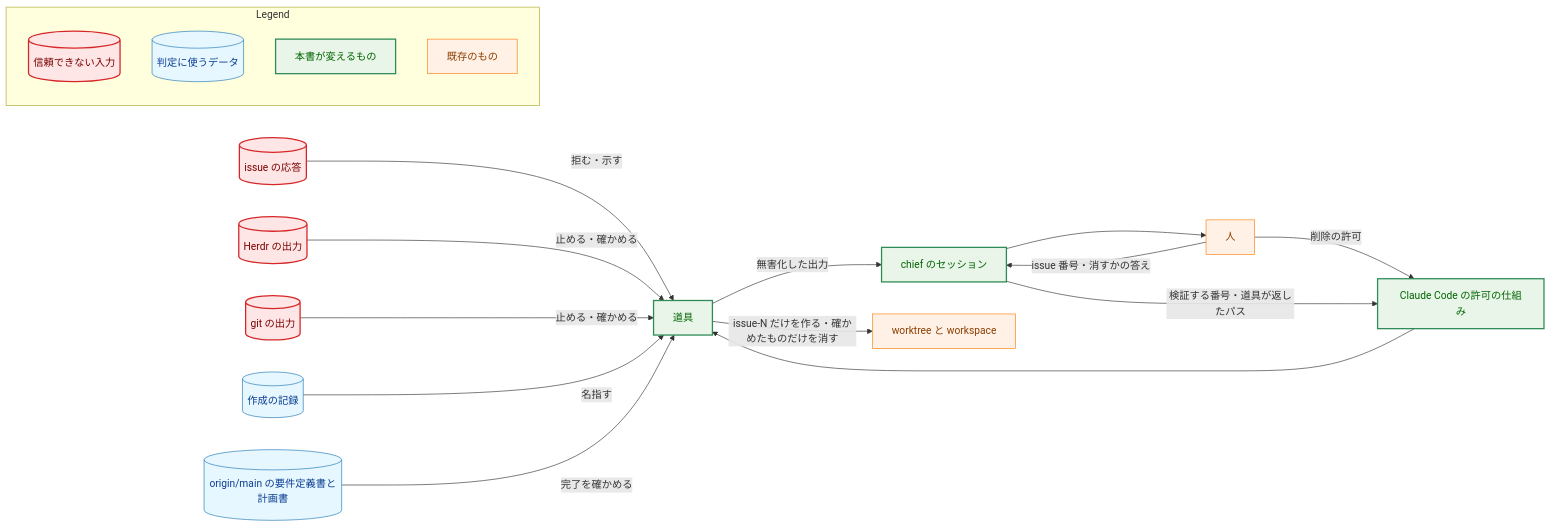
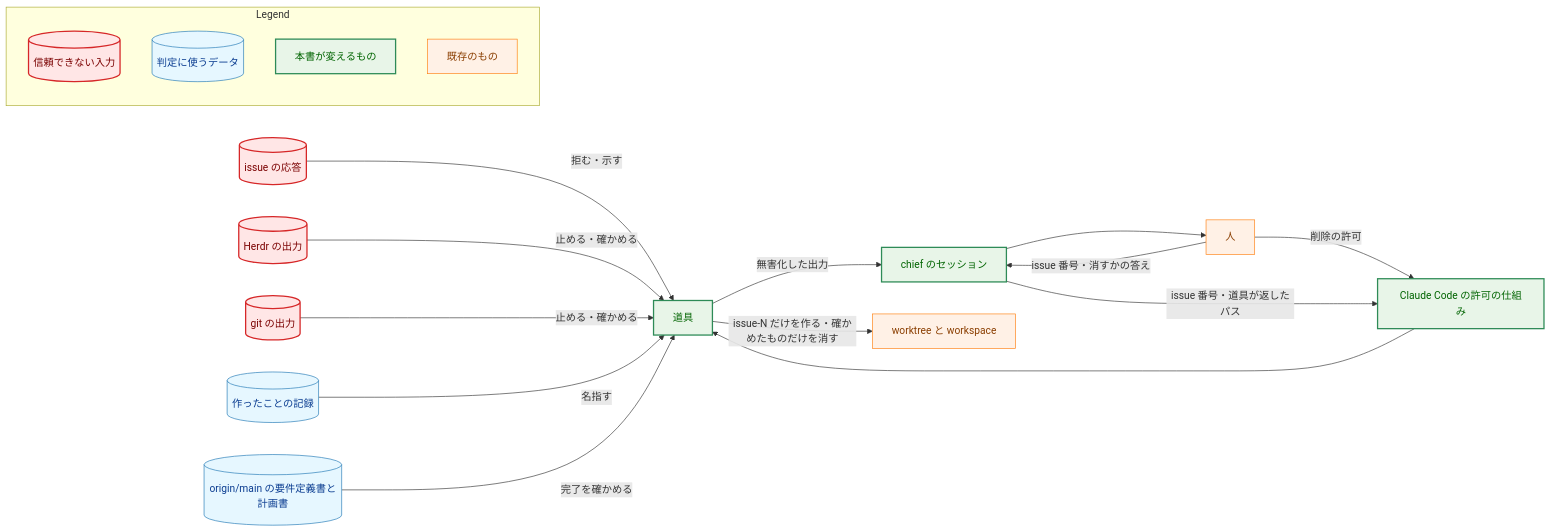
One commit to isseis/yt2column changed the fourth of 6 diagrams in docs/tasks/0092_chief_task_workspace/02_architecture.md. Above: the diagram before and after it, drawn with Mermaid. The commit also changed other lines of this file and 2 other files, not shown here.

First line of the commit message:
docs(0092): address the architecture review and polish the Japanese prose

````diff
--- a/docs/tasks/0092_chief_task_workspace/02_architecture.md
+++ b/docs/tasks/0092_chief_task_workspace/02_architecture.md
@@ -599,47 +677,47 @@
 ```mermaid
 flowchart LR
     classDef data fill:#e6f7ff,stroke:#1f77b4,stroke-width:1px,color:#0b3d91;
     classDef process fill:#fff1e6,stroke:#ff7f0e,stroke-width:1px,color:#8a3e00;
     classDef enhanced fill:#e8f5e8,stroke:#2e8b57,stroke-width:2px,color:#006400;
     classDef problem fill:#ffe6e6,stroke:#d62728,stroke-width:2px,color:#7b0000;
 
     ISSUE[("issue の応答")]
     HOUT[("Herdr の出力")]
     GOUT[("git の出力")]
-    REC[("作成の記録")]
+    REC[("作ったことの記録")]
     DOCS[("origin/main の要件定義書と計画書")]
     TOOL["道具"]
     SESSION["chief のセッション"]
     PERM["Claude Code の許可の仕組み"]
     HUMAN["人"]
     FS["worktree と workspace"]
 
     ISSUE -->|"拒む・示す"| TOOL
     HOUT -->|"止める・確かめる"| TOOL
     GOUT -->|"止める・確かめる"| TOOL
     REC -->|"名指す"| TOOL
     DOCS -->|"完了を確かめる"| TOOL
     TOOL -->|"無害化した出力"| SESSION
     SESSION --> HUMAN
     HUMAN -->|"issue 番号・消すかの答え"| SESSION
     HUMAN -->|"削除の許可"| PERM
-    SESSION -->|"検証する番号・道具が返したパス"| PERM
+    SESSION -->|"issue 番号・道具が返したパス"| PERM
     PERM --> TOOL
     TOOL -->|"issue-N だけを作る・確かめたものだけを消す"| FS
 
     class ISSUE,HOUT,GOUT problem
     class REC,DOCS data
     class TOOL,SESSION,PERM enhanced
     class HUMAN,FS process
 
     subgraph Legend["Legend"]
         L1[("信頼できない入力")]
         L2[("判定に使うデータ")]
         L3["本書が変えるもの"]
         L4["既存のもの"]
     end
     class L1 problem
     class L2 data
     class L3 enhanced
     class L4 process
 ```
````
